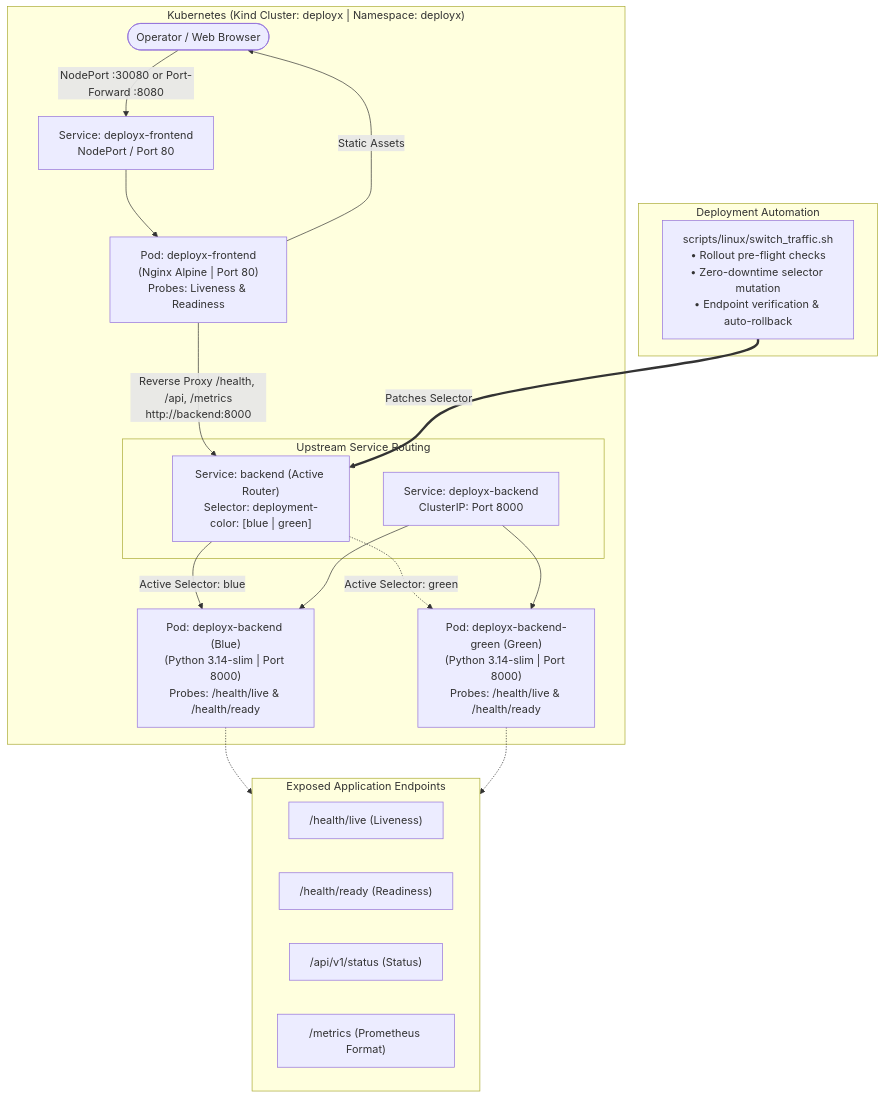
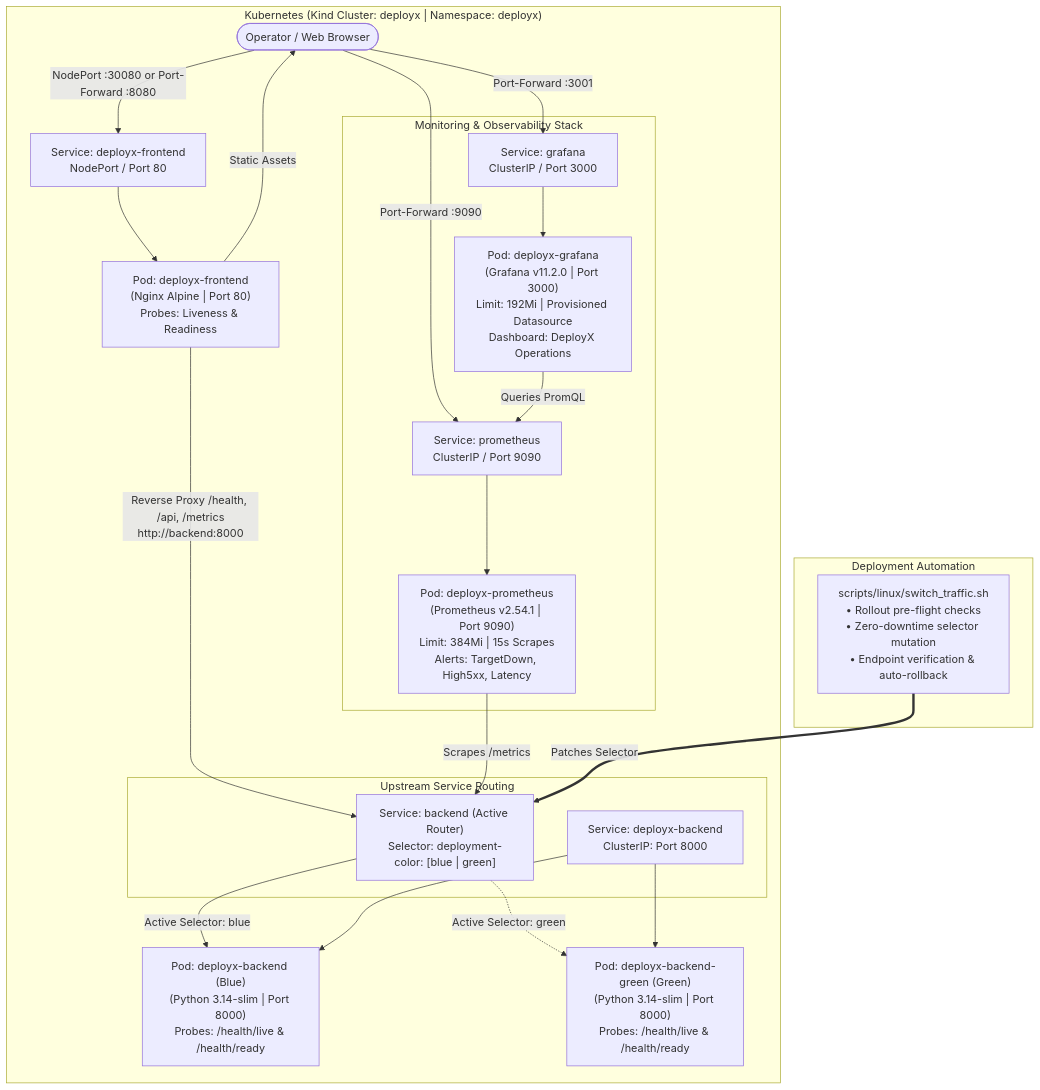
The first of 3 diagrams in README.md (abhinavitgithub/DeployX), drawn with Mermaid before and after one commit. The commit also changed other lines of this file and 55 other files, not shown here.

````diff
--- a/README.md
+++ b/README.md
@@ -44,37 +62,37 @@
 ```mermaid
 flowchart TD
     Client([Operator / Web Browser]) -->|NodePort :30080 or Port-Forward :8080| FE_SVC[Service: deployx-frontend<br/>NodePort / Port 80]
+    Client -->|Port-Forward :9090| PROM_SVC[Service: prometheus<br/>ClusterIP / Port 9090]
+    Client -->|Port-Forward :3001| GRAF_SVC[Service: grafana<br/>ClusterIP / Port 3000]
 
     subgraph K8s["Kubernetes (Kind Cluster: deployx | Namespace: deployx)"]
         FE_SVC --> FE_POD["Pod: deployx-frontend<br/>(Nginx Alpine | Port 80)<br/>Probes: Liveness & Readiness"]
 
         FE_POD -->|Static Assets| Client
         FE_POD -->|Reverse Proxy /health, /api, /metrics<br/>http://backend:8000| BE_ROUTER
 
         subgraph Routing["Upstream Service Routing"]
             BE_ROUTER["Service: backend (Active Router)<br/>Selector: deployment-color: [blue | green]"]
             BE_CANONICAL["Service: deployx-backend<br/>ClusterIP: Port 8000"]
         end
 
         BE_ROUTER -->|Active Selector: blue| BE_BLUE["Pod: deployx-backend (Blue)<br/>(Python 3.14-slim | Port 8000)<br/>Probes: /health/live & /health/ready"]
         BE_ROUTER -.->|Active Selector: green| BE_GREEN["Pod: deployx-backend-green (Green)<br/>(Python 3.14-slim | Port 8000)<br/>Probes: /health/live & /health/ready"]
 
         BE_CANONICAL --> BE_BLUE
         BE_CANONICAL --> BE_GREEN
+
+        subgraph Monitoring["Monitoring & Observability Stack"]
+            PROM_SVC --> PROM_POD["Pod: deployx-prometheus<br/>(Prometheus v2.54.1 | Port 9090)<br/>Limit: 384Mi | 15s Scrapes<br/>Alerts: TargetDown, High5xx, Latency"]
+            GRAF_SVC --> GRAF_POD["Pod: deployx-grafana<br/>(Grafana v11.2.0 | Port 3000)<br/>Limit: 192Mi | Provisioned Datasource<br/>Dashboard: DeployX Operations"]
+
+            GRAF_POD -->|Queries PromQL| PROM_SVC
+            PROM_POD -->|Scrapes /metrics| BE_ROUTER
+        end
     end
 
     subgraph Controller["Deployment Automation"]
         SW_SCRIPT["scripts/linux/switch_traffic.sh<br/>• Rollout pre-flight checks<br/>• Zero-downtime selector mutation<br/>• Endpoint verification & auto-rollback"]
         SW_SCRIPT ==>|Patches Selector| BE_ROUTER
     end
-
-    subgraph DeployedEndpoints["Exposed Application Endpoints"]
-        E1["/health/live (Liveness)"]
-        E2["/health/ready (Readiness)"]
-        E3["/api/v1/status (Status)"]
-        E4["/metrics (Prometheus Format)"]
-    end
-
-    BE_BLUE -.-> DeployedEndpoints
-    BE_GREEN -.-> DeployedEndpoints
 ```
````
